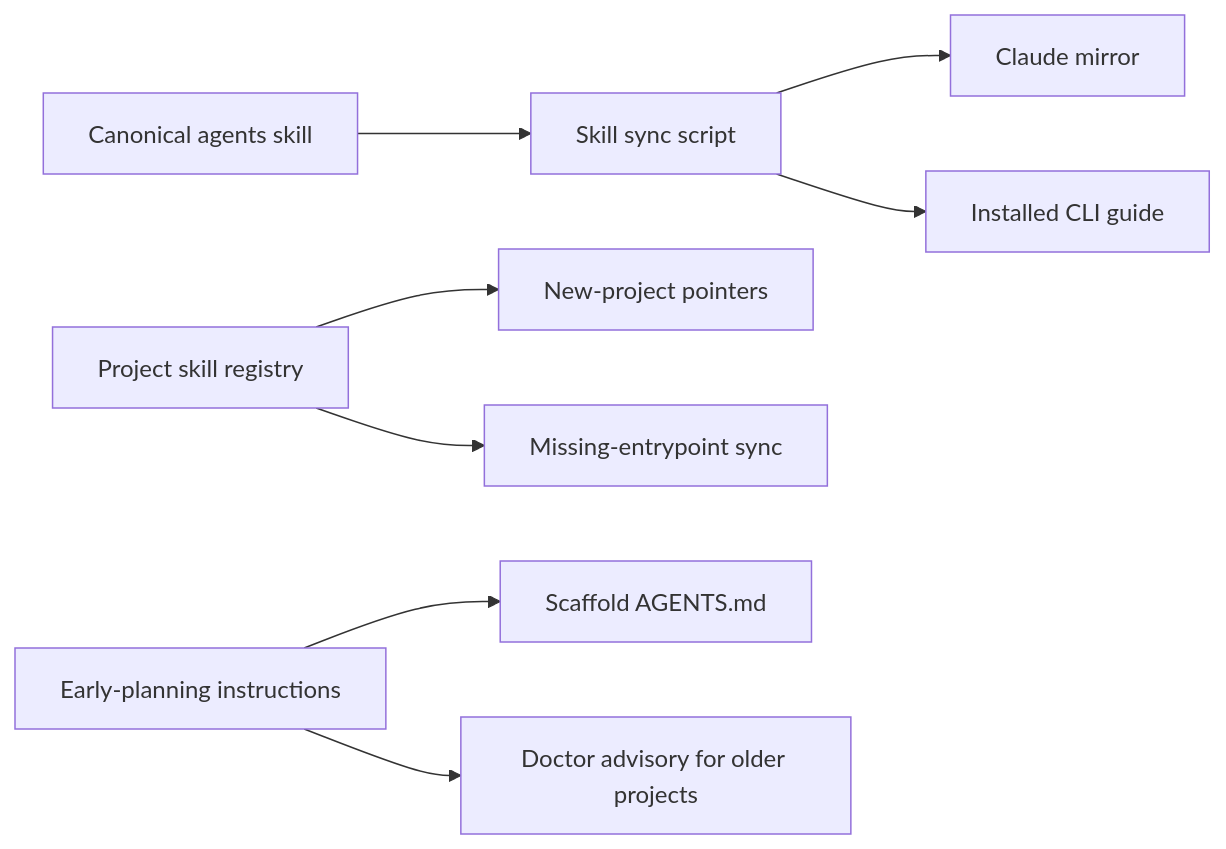
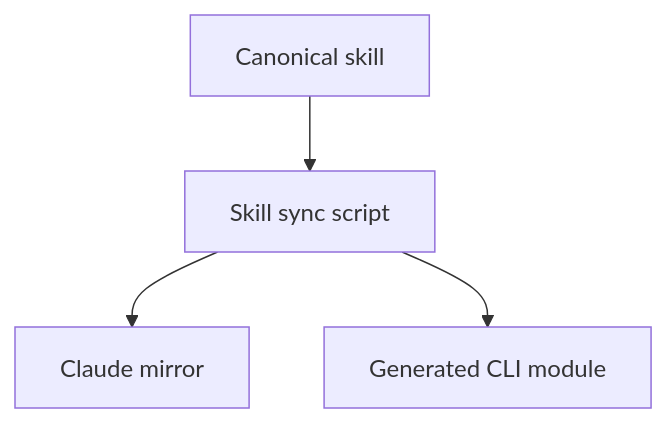
The diagram in docs/visual-planning.md (cpheinrich/morpheus), drawn with Mermaid before and after one commit. The commit also changed other lines of this file and 10 other files, not shown here.

First line of the commit message:
Fit planning diagrams to the reading column (#650)

````diff
--- a/docs/visual-planning.md
+++ b/docs/visual-planning.md
@@ -15,10 +20,6 @@
 ```mermaid
-flowchart LR
-  Canonical[Canonical agents skill] --> Sync[Skill sync script]
+flowchart TB
+  Canonical[Canonical skill] --> Sync[Skill sync script]
   Sync --> Mirror[Claude mirror]
-  Sync --> CLI[Installed CLI guide]
-  Registry[Project skill registry] --> Init[New-project pointers]
-  Registry --> Existing[Missing-entrypoint sync]
-  Guidance[Early-planning instructions] --> Scaffold[Scaffold AGENTS.md]
-  Guidance --> Doctor[Doctor advisory for older projects]
+  Sync --> CLI[Generated CLI module]
 ```
````
